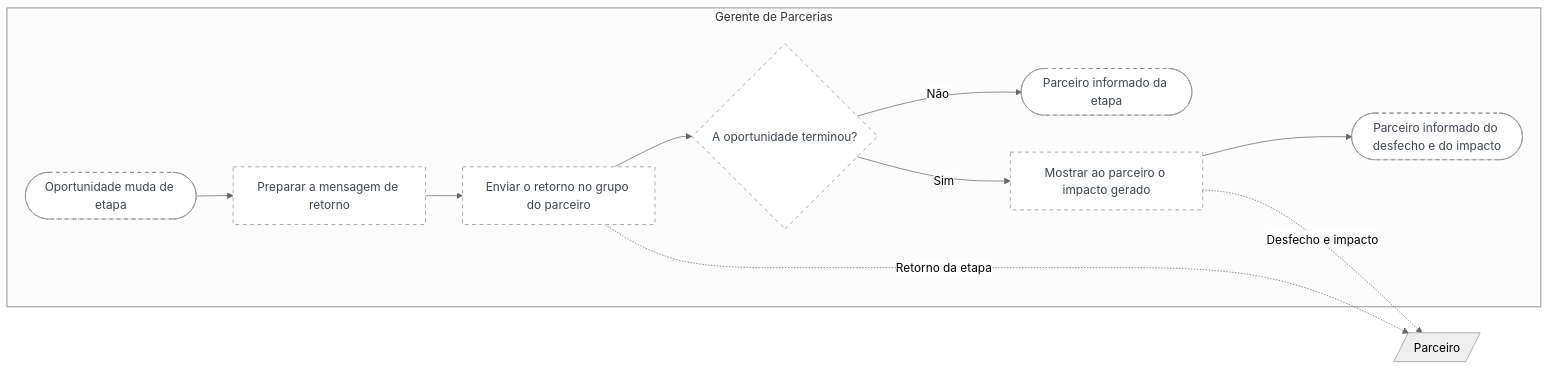
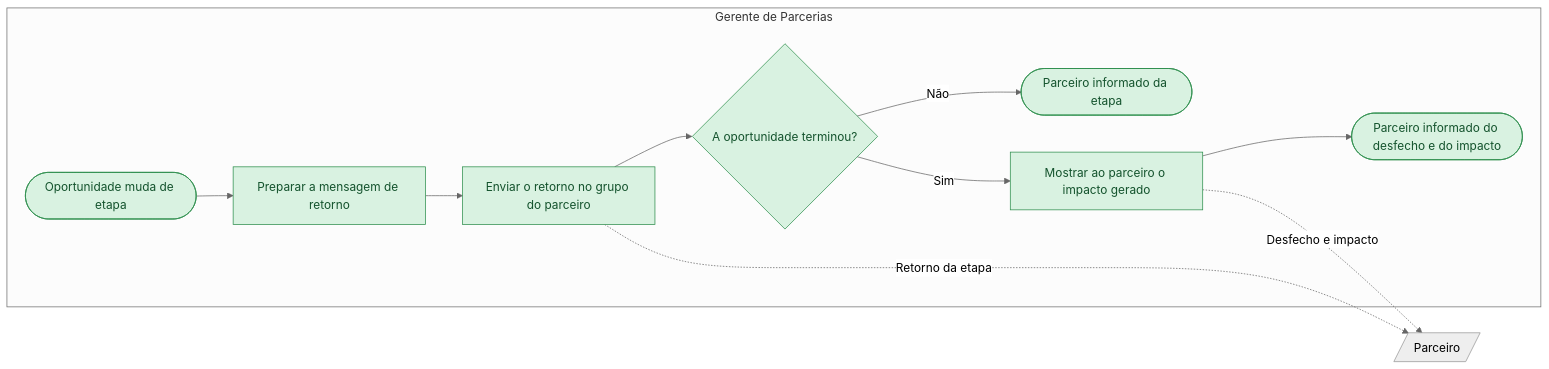
The diagram in mapeamentos/wise-partners-to-be/saidas/mermaid/fluxo-6-3-fechar-o-ciclo-com-o-parceiro.mmd (Guilherme-MFaccin/Wise-Partners), drawn with Mermaid (neutral theme) before and after one commit. The commit also changed 66 other files, not shown here.

```diff
--- a/mapeamentos/wise-partners-to-be/saidas/mermaid/fluxo-6-3-fechar-o-ciclo-com-o-parceiro.mmd
+++ b/mapeamentos/wise-partners-to-be/saidas/mermaid/fluxo-6-3-fechar-o-ciclo-com-o-parceiro.mmd
@@ -1,23 +1,23 @@
 flowchart LR
     classDef confirmado fill:#D9F2E1,stroke:#2F8F4E,color:#14532D
     classDef declarado fill:#FFF3C4,stroke:#B8860B,color:#5C4300
     classDef hipotese fill:#FFFFFF,stroke:#8A9099,color:#3F4650,stroke-dasharray: 5 5
     classDef contestado fill:#FDE2E1,stroke:#C53030,color:#7F1D1D
     subgraph raia_PA_01 ["Gerente de Parcerias"]
-      n_i1(["Oportunidade muda de etapa"]):::hipotese
-      n_t1["Preparar a mensagem de retorno"]:::hipotese
-      n_t2["Enviar o retorno no grupo do parceiro"]:::hipotese
-      n_g1{"A oportunidade terminou?"}:::hipotese
-      n_t3["Mostrar ao parceiro o impacto gerado"]:::hipotese
-      n_f1(["Parceiro informado da etapa"]):::hipotese
-      n_f2(["Parceiro informado do desfecho e do impacto"]):::hipotese
+      n_i1(["Oportunidade muda de etapa"]):::confirmado
+      n_t1["Preparar a mensagem de retorno"]:::confirmado
+      n_t2["Enviar o retorno no grupo do parceiro"]:::confirmado
+      n_g1{"A oportunidade terminou?"}:::confirmado
+      n_t3["Mostrar ao parceiro o impacto gerado"]:::confirmado
+      n_f1(["Parceiro informado da etapa"]):::confirmado
+      n_f2(["Parceiro informado do desfecho e do impacto"]):::confirmado
     end
     ext_X1[/"Parceiro"/]
     n_i1 --> n_t1
     n_t1 --> n_t2
     n_t2 --> n_g1
     n_g1 -->|Não| n_f1
     n_g1 -->|Sim| n_t3
     n_t3 --> n_f2
     n_t2 -.->|Retorno da etapa| ext_X1
     n_t3 -.->|Desfecho e impacto| ext_X1
```
